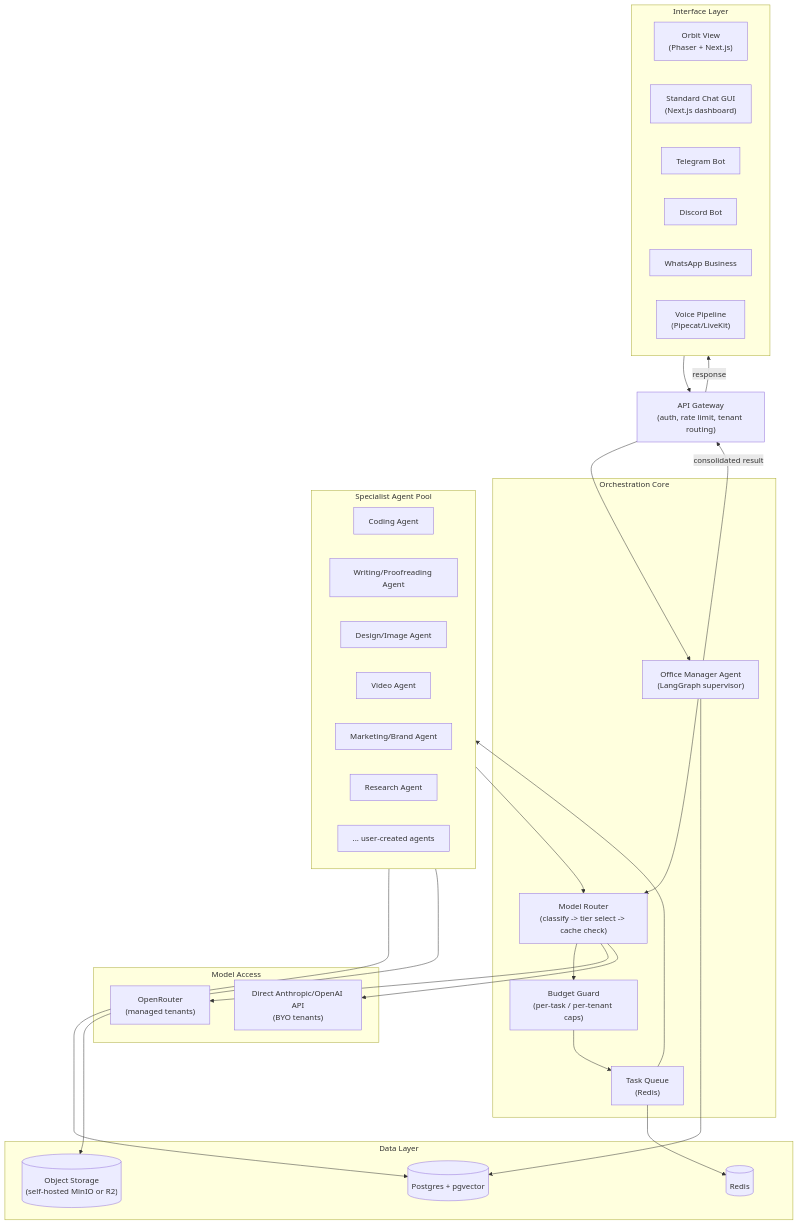
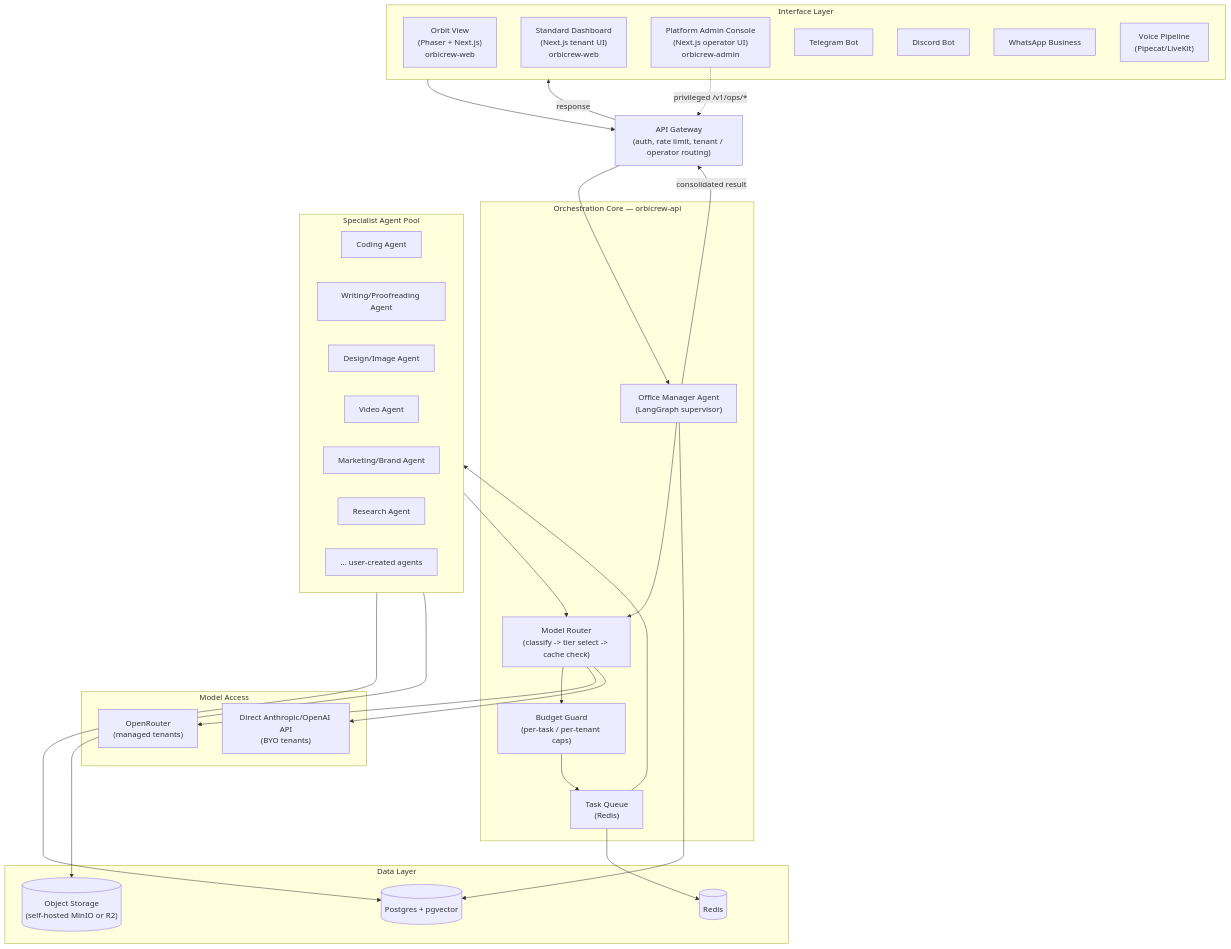
The first of 8 diagrams in docs/leangine-office-docs/tech/03_system_design.md (meetrakib/orbicrew_master), drawn with Mermaid before and after one commit. The commit also changed other lines of this file and 16 other files, not shown here.

First line of the commit message:
Document dev-only workflow and dedicated admin architecture.

````diff
--- a/docs/leangine-office-docs/tech/03_system_design.md
+++ b/docs/leangine-office-docs/tech/03_system_design.md
@@ -19,57 +19,59 @@
 ```mermaid
 flowchart TB
     subgraph Interfaces["Interface Layer"]
-        UI1["Orbit View<br/>(Phaser + Next.js)"]
-        UI2["Standard Chat GUI<br/>(Next.js dashboard)"]
+        UI1["Orbit View<br/>(Phaser + Next.js)<br/>orbicrew-web"]
+        UI2["Standard Dashboard<br/>(Next.js tenant UI)<br/>orbicrew-web"]
+        UI7["Platform Admin Console<br/>(Next.js operator UI)<br/>orbicrew-admin"]
         UI3["Telegram Bot"]
         UI4["Discord Bot"]
         UI5["WhatsApp Business"]
         UI6["Voice Pipeline<br/>(Pipecat/LiveKit)"]
     end
 
-    GW["API Gateway<br/>(auth, rate limit, tenant routing)"]
+    GW["API Gateway<br/>(auth, rate limit, tenant / operator routing)"]
 
-    subgraph Core["Orchestration Core"]
+    subgraph Core["Orchestration Core — orbicrew-api"]
         OM["Office Manager Agent<br/>(LangGraph supervisor)"]
         RT["Model Router<br/>(classify -> tier select -> cache check)"]
         BG["Budget Guard<br/>(per-task / per-tenant caps)"]
         TQ["Task Queue<br/>(Redis)"]
     end
 
     subgraph Agents["Specialist Agent Pool"]
         A1["Coding Agent"]
         A2["Writing/Proofreading Agent"]
         A3["Design/Image Agent"]
         A4["Video Agent"]
         A5["Marketing/Brand Agent"]
         A6["Research Agent"]
         A7["... user-created agents"]
     end
 
     subgraph Models["Model Access"]
         M1["OpenRouter<br/>(managed tenants)"]
         M2["Direct Anthropic/OpenAI API<br/>(BYO tenants)"]
     end
 
     subgraph Data["Data Layer"]
         PG[("Postgres + pgvector")]
         R2[("Object Storage<br/>(self-hosted MinIO or R2)")]
         RD[("Redis")]
     end
 
     Interfaces --> GW
     GW --> OM
     OM --> RT
     RT --> BG
     BG --> TQ
     TQ --> Agents
     Agents --> RT
     RT --> M1
     RT --> M2
     OM --> PG
     Agents --> PG
     Agents --> R2
     TQ --> RD
     OM -->|"consolidated result"| GW
     GW -->|"response"| Interfaces
+    UI7 -.->|"privileged /v1/ops/*"| GW
 ```
````
